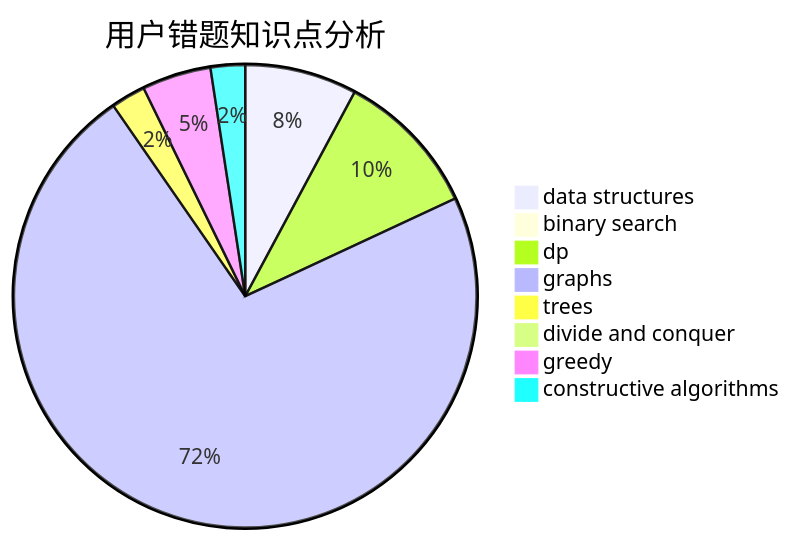
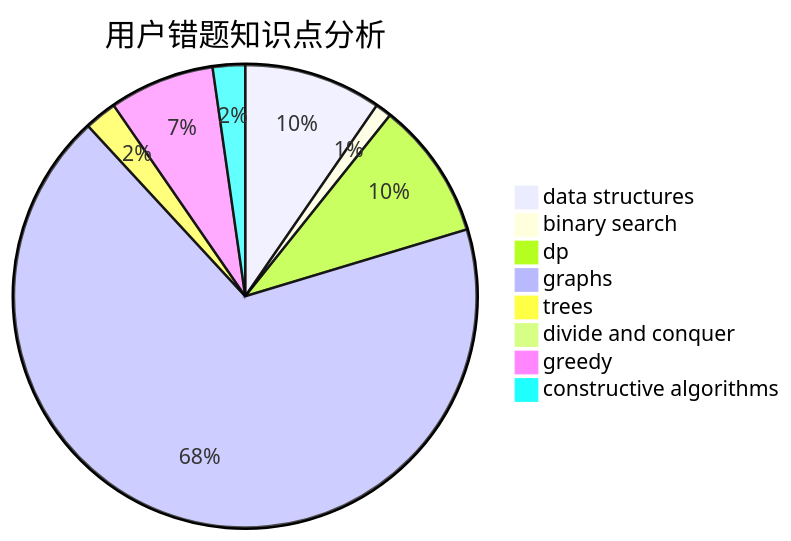
One commit to sherpahu/cfrs.github.io changed the third of 3 diagrams in docs/user/u715.md. Above: the diagram before and after it, drawn with Mermaid. The commit also changed other lines of this file and 2770 other files, not shown here.

````diff
--- a/docs/user/u715.md
+++ b/docs/user/u715.md
@@ -36,11 +36,11 @@
 ```mermaid
 pie title 用户错题知识点分析
-    "data structures" :  13
-    "binary search" :  1
+    "data structures" :  17
+    "binary search" :  2
     "dp" :  17
     "graphs" :  120
     "trees" :  4
     "divide and conquer" :  0
-    "greedy" :  8
+    "greedy" :  13
     "constructive algorithms" :  4
 ```
````
